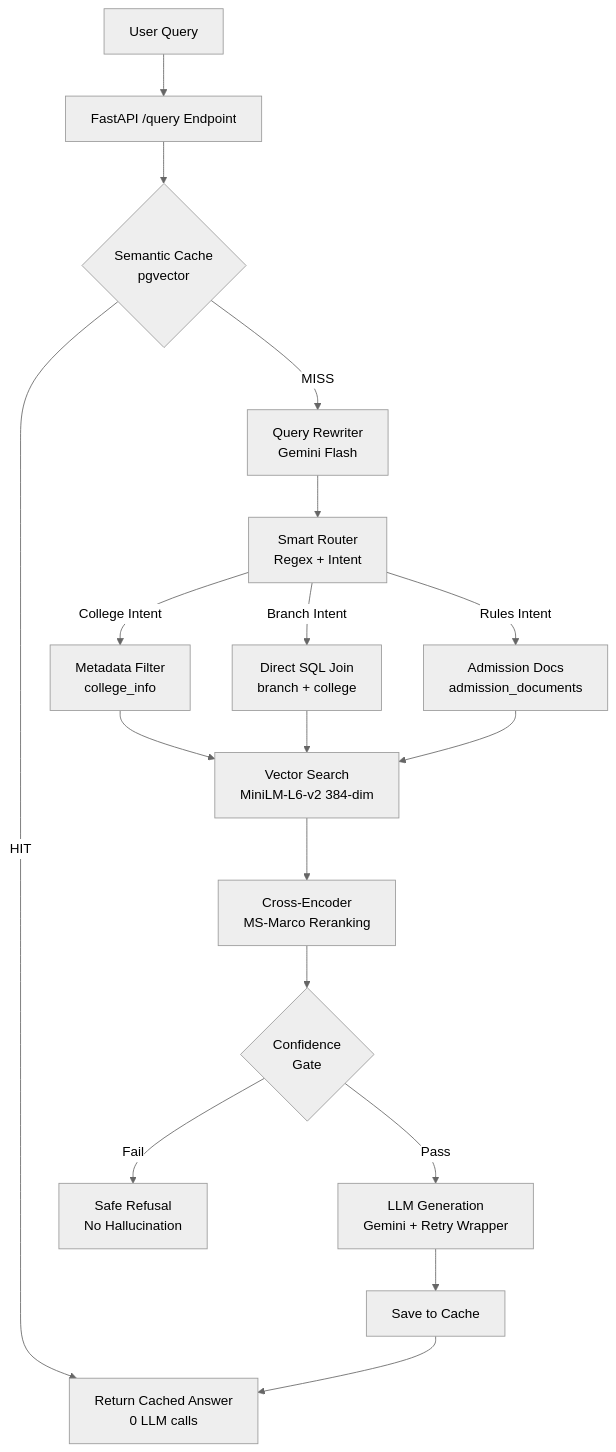
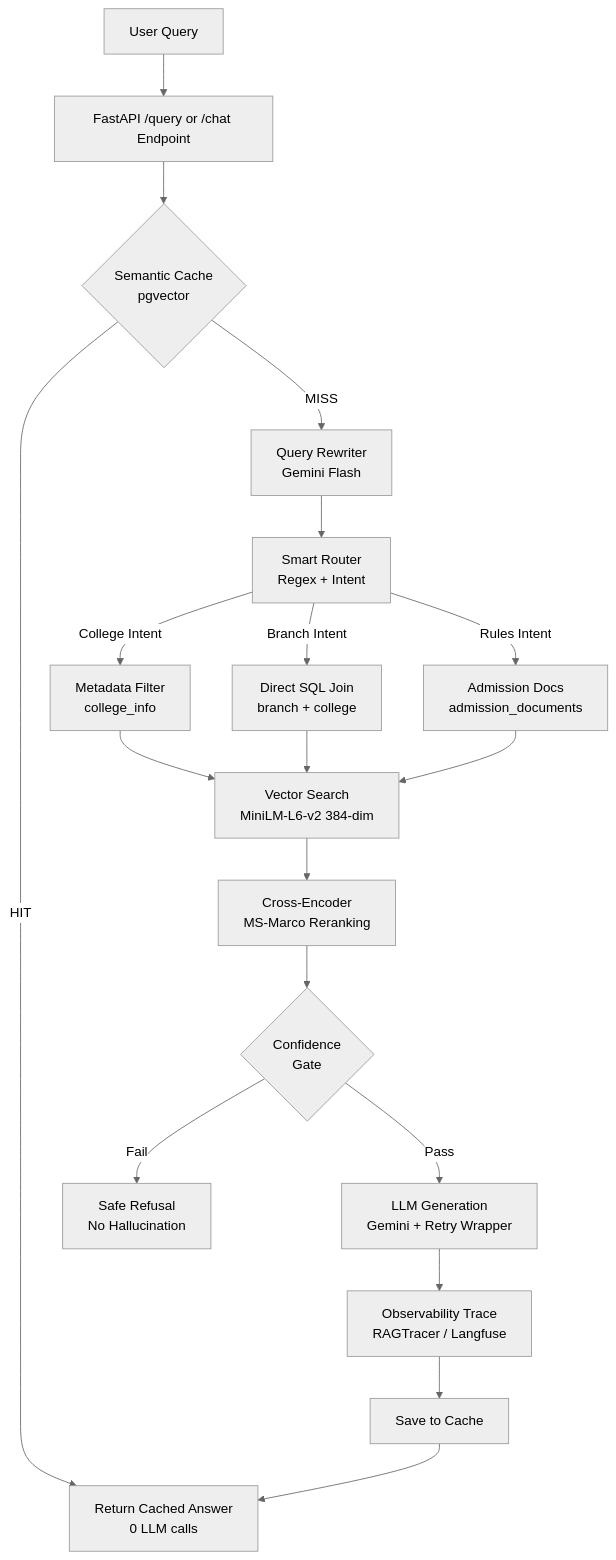
One commit to sudhakargovindasamy/tnea-ai-counselor changed the diagram in README.md. Above: the diagram before and after it, drawn with Mermaid (neutral theme). The commit also changed other lines of this file, not shown here.

Commit message:
Update README with accurate architecture, endpoints, and setup docs

````diff
--- a/README.md
+++ b/README.md
@@ -56,25 +63,26 @@
 ```mermaid
 graph TD
-    User[User Query] --> API[FastAPI /query Endpoint]
+    User[User Query] --> API[FastAPI /query or /chat Endpoint]
     API --> Cache{Semantic Cache<br/>pgvector}
     Cache -- HIT --> Response[Return Cached Answer<br/>0 LLM calls]
     Cache -- MISS --> Rewriter[Query Rewriter<br/>Gemini Flash]
     Rewriter --> Router[Smart Router<br/>Regex + Intent]
 
     Router -- College Intent --> SQL1[Metadata Filter<br/>college_info]
     Router -- Branch Intent --> SQL2[Direct SQL Join<br/>branch + college]
     Router -- Rules Intent --> SQL3[Admission Docs<br/>admission_documents]
 
     SQL1 --> Vector[Vector Search<br/>MiniLM-L6-v2 384-dim]
     SQL2 --> Vector
     SQL3 --> Vector
 
     Vector --> Reranker[Cross-Encoder<br/>MS-Marco Reranking]
     Reranker --> Guardrail{Confidence<br/>Gate}
 
     Guardrail -- Pass --> LLM[LLM Generation<br/>Gemini + Retry Wrapper]
     Guardrail -- Fail --> Fallback[Safe Refusal<br/>No Hallucination]
 
-    LLM --> SaveCache[Save to Cache]
+    LLM --> Trace[Observability Trace<br/>RAGTracer / Langfuse]
+    Trace --> SaveCache[Save to Cache]
     SaveCache --> Response
 ```
````
